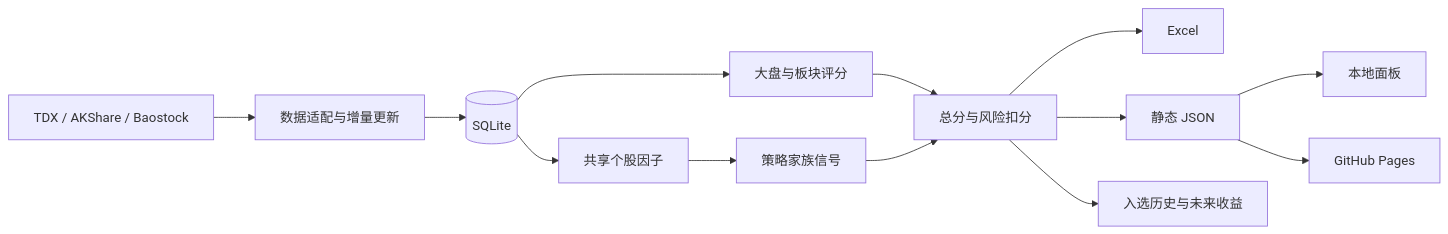
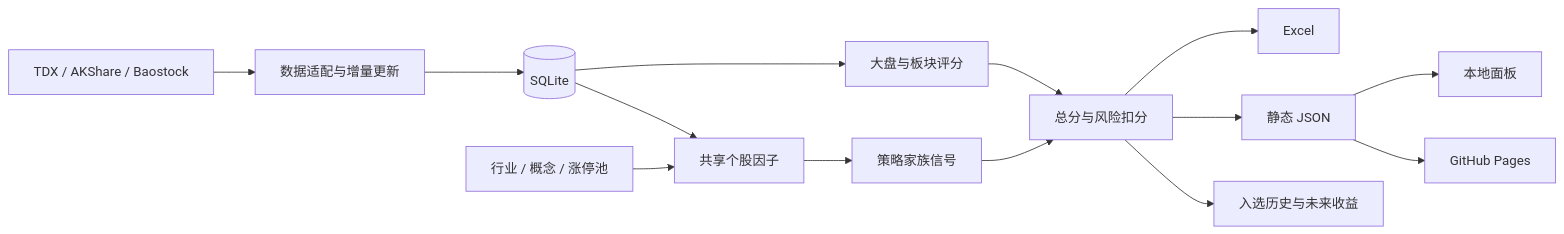
One commit to Super-YYQ/stock_selector changed the diagram in docs/ARCHITECTURE.md. Above: the diagram before and after it, drawn with Mermaid. The commit also changed other lines of this file and 31 other files, not shown here.

````diff
--- a/docs/ARCHITECTURE.md
+++ b/docs/ARCHITECTURE.md
@@ -5,15 +5,16 @@
 ```mermaid
 flowchart LR
     P[TDX / AKShare / Baostock] --> F[数据适配与增量更新]
     F --> D[(SQLite)]
     D --> M[大盘与板块评分]
     D --> X[共享个股因子]
+    C[行业 / 概念 / 涨停池] --> X
     X --> S[策略家族信号]
     M --> R[总分与风险扣分]
     S --> R
     R --> E[Excel]
     R --> J[静态 JSON]
     J --> W[本地面板]
     J --> G[GitHub Pages]
     R --> H[入选历史与未来收益]
 ```
````
